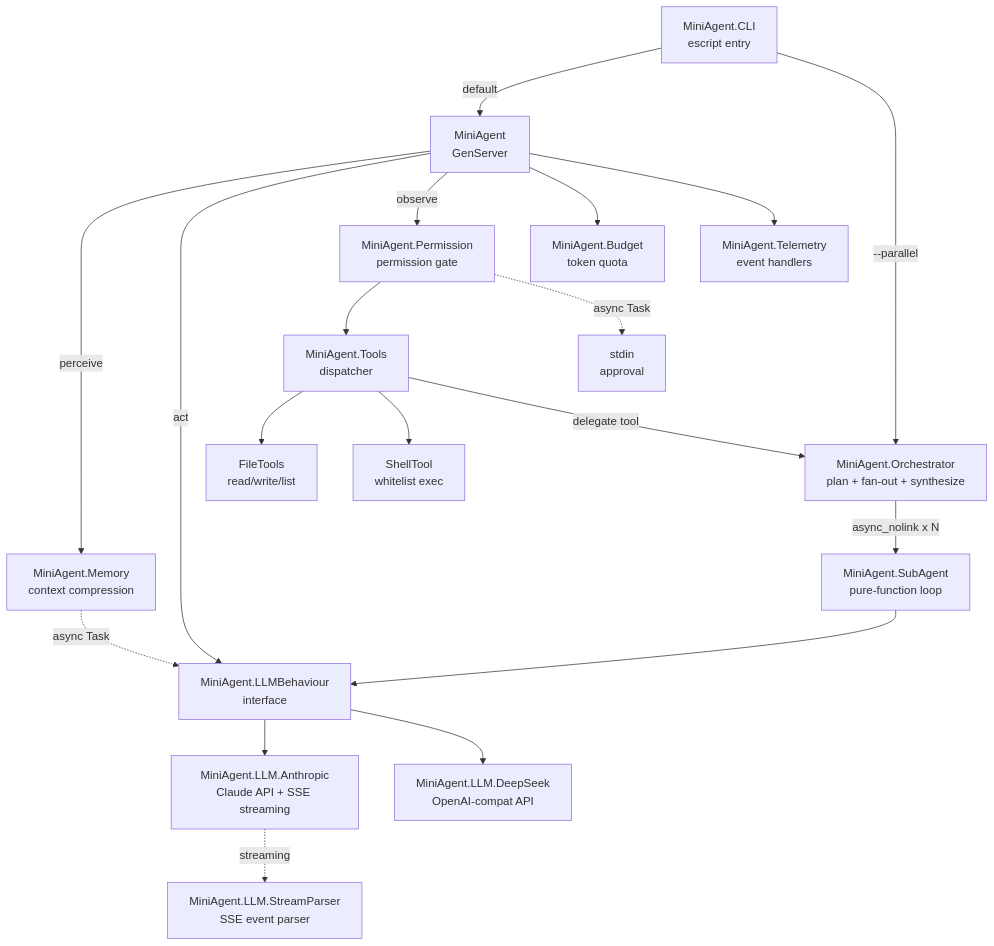
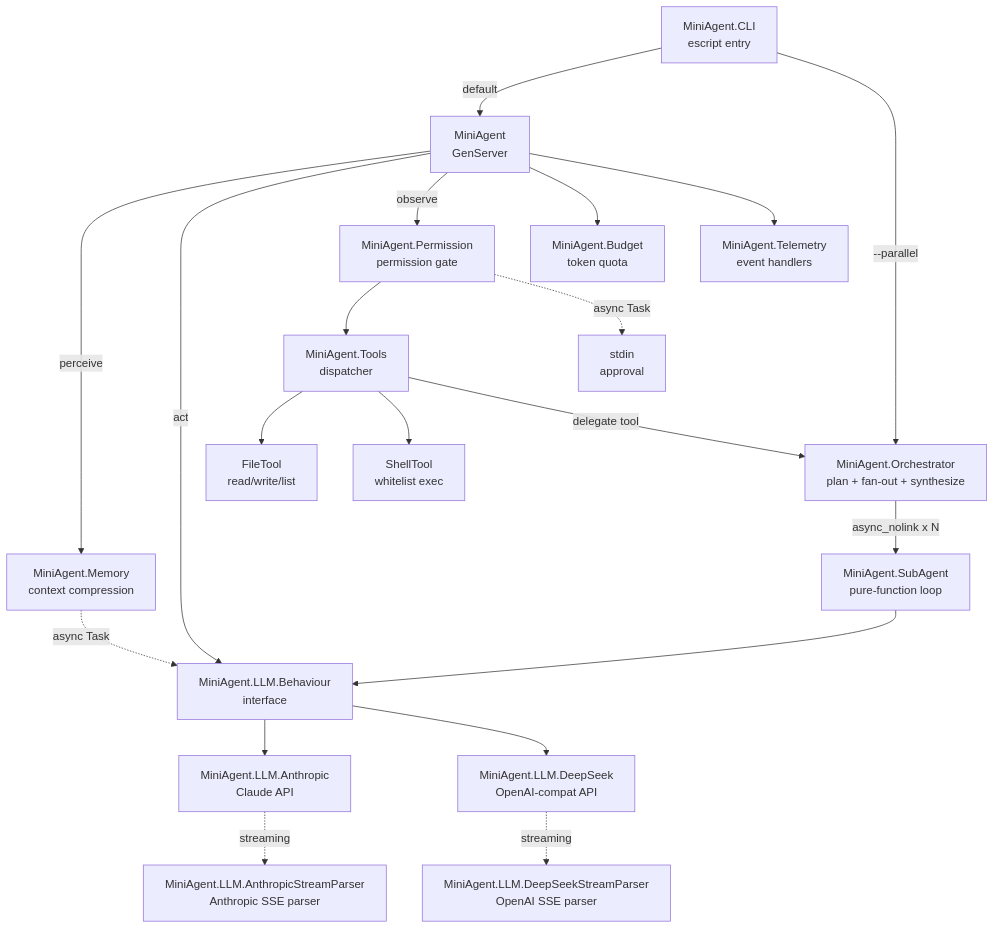
One commit to brianpht/mini_agent changed the first of 2 diagrams in README.md. Above: the diagram before and after it, drawn with Mermaid. The commit also changed other lines of this file and 8 other files, not shown here.

````diff
--- a/README.md
+++ b/README.md
@@ -23,21 +24,22 @@
 ```mermaid
 flowchart TD
     CLI["MiniAgent.CLI\nescript entry"] -->|default| GS["MiniAgent\nGenServer"]
     CLI -->|--parallel| ORC["MiniAgent.Orchestrator\nplan + fan-out + synthesize"]
     GS -->|perceive| MEM["MiniAgent.Memory\ncontext compression"]
-    GS -->|act| BEH["MiniAgent.LLMBehaviour\ninterface"]
-    BEH --> ANT["MiniAgent.LLM.Anthropic\nClaude API + SSE streaming"]
+    GS -->|act| BEH["MiniAgent.LLM.Behaviour\ninterface"]
+    BEH --> ANT["MiniAgent.LLM.Anthropic\nClaude API"]
     BEH --> DS["MiniAgent.LLM.DeepSeek\nOpenAI-compat API"]
-    ANT -.->|streaming| SP["MiniAgent.LLM.StreamParser\nSSE event parser"]
+    ANT -.->|streaming| ASP["MiniAgent.LLM.AnthropicStreamParser\nAnthropic SSE parser"]
+    DS -.->|streaming| DSP["MiniAgent.LLM.DeepSeekStreamParser\nOpenAI SSE parser"]
     GS -->|observe| PERM["MiniAgent.Permission\npermission gate"]
     PERM --> TOOLS["MiniAgent.Tools\ndispatcher"]
-    TOOLS --> FT["FileTools\nread/write/list"]
+    TOOLS --> FT["FileTool\nread/write/list"]
     TOOLS --> ST["ShellTool\nwhitelist exec"]
     TOOLS -->|delegate tool| ORC
     ORC -->|async_nolink x N| SUB["MiniAgent.SubAgent\npure-function loop"]
     SUB --> BEH
     GS --> BUD["MiniAgent.Budget\ntoken quota"]
     GS --> TEL["MiniAgent.Telemetry\nevent handlers"]
     MEM -.->|async Task| BEH
     PERM -.->|async Task| IO["stdin\napproval"]
 ```
````
